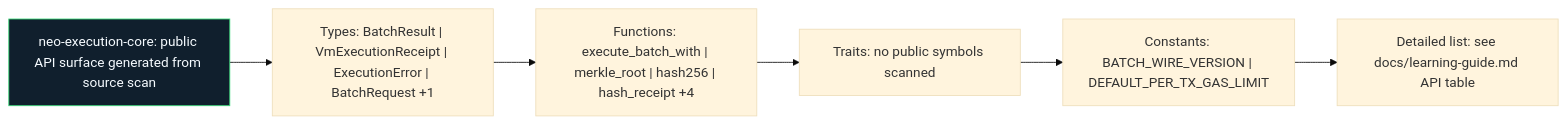
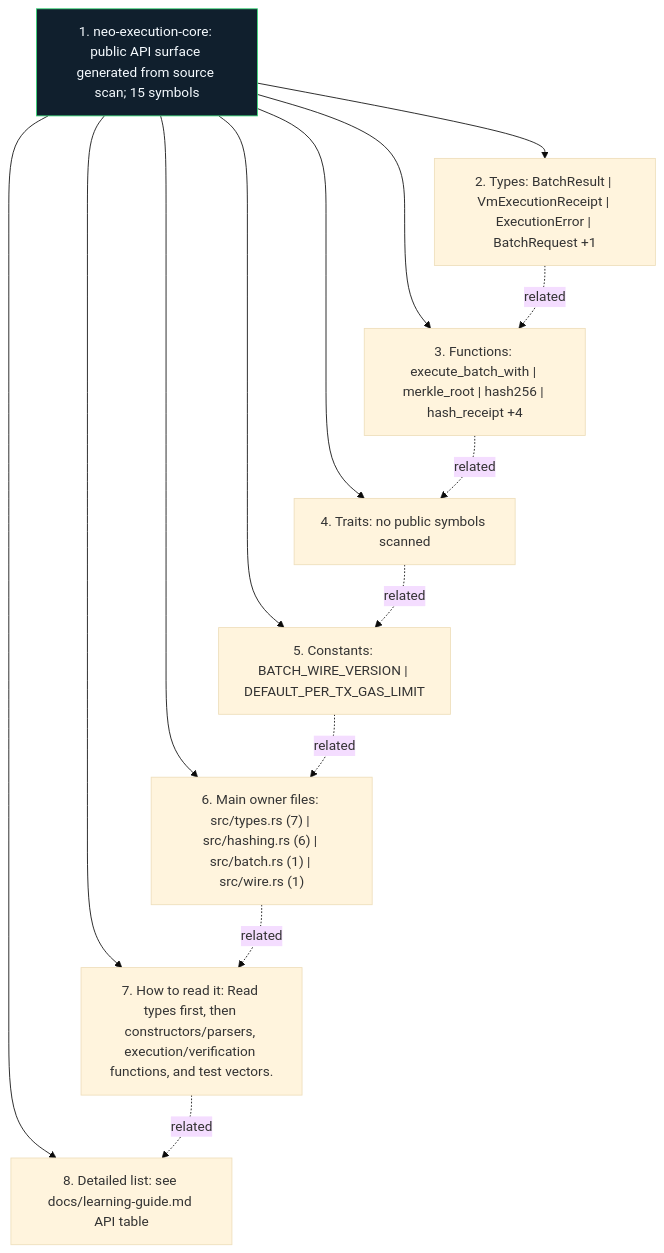
The diagram in bridge/neo-execution-core/docs/figures/api-surface.mmd (r3e-network/neo-n4), drawn with Mermaid (base theme) before and after one commit. The commit also changed 355 other files, not shown here.

Commit message:
Deepen crate diagrams with source-aware atlas

```diff
--- a/bridge/neo-execution-core/docs/figures/api-surface.mmd
+++ b/bridge/neo-execution-core/docs/figures/api-surface.mmd
@@ -1,14 +1,24 @@
-flowchart LR
-    N1["neo-execution-core: public API surface generated from source scan"]
-    N2["Types: BatchResult | VmExecutionReceipt | ExecutionError | BatchRequest +1"]
-    N3["Functions: execute_batch_with | merkle_root | hash256 | hash_receipt +4"]
-    N4["Traits: no public symbols scanned"]
-    N5["Constants: BATCH_WIRE_VERSION | DEFAULT_PER_TX_GAS_LIMIT"]
-    N6["Detailed list: see docs/learning-guide.md API table"]
+flowchart TB
+    N1["1. neo-execution-core: public API surface generated from source scan; 15 symbols"]
+    N2["2. Types: BatchResult | VmExecutionReceipt | ExecutionError | BatchRequest +1"]
+    N3["3. Functions: execute_batch_with | merkle_root | hash256 | hash_receipt +4"]
+    N4["4. Traits: no public symbols scanned"]
+    N5["5. Constants: BATCH_WIRE_VERSION | DEFAULT_PER_TX_GAS_LIMIT"]
+    N6["6. Main owner files: src/types.rs (7) | src/hashing.rs (6) | src/batch.rs (1) | src/wire.rs (1)"]
+    N7["7. How to read it: Read types first, then constructors/parsers, execution/verification functions, and test vectors."]
+    N8["8. Detailed list: see docs/learning-guide.md API table"]
     N1 --> N2
-    N2 --> N3
-    N3 --> N4
-    N4 --> N5
-    N5 --> N6
+    N1 --> N3
+    N1 --> N4
+    N1 --> N5
+    N1 --> N6
+    N1 --> N7
+    N1 --> N8
+    N2 -. related .-> N3
+    N3 -. related .-> N4
+    N4 -. related .-> N5
+    N5 -. related .-> N6
+    N6 -. related .-> N7
+    N7 -. related .-> N8
     classDef crate fill:#101f2d,stroke:#38d978,color:#f6fbff
     class N1 crate
```
